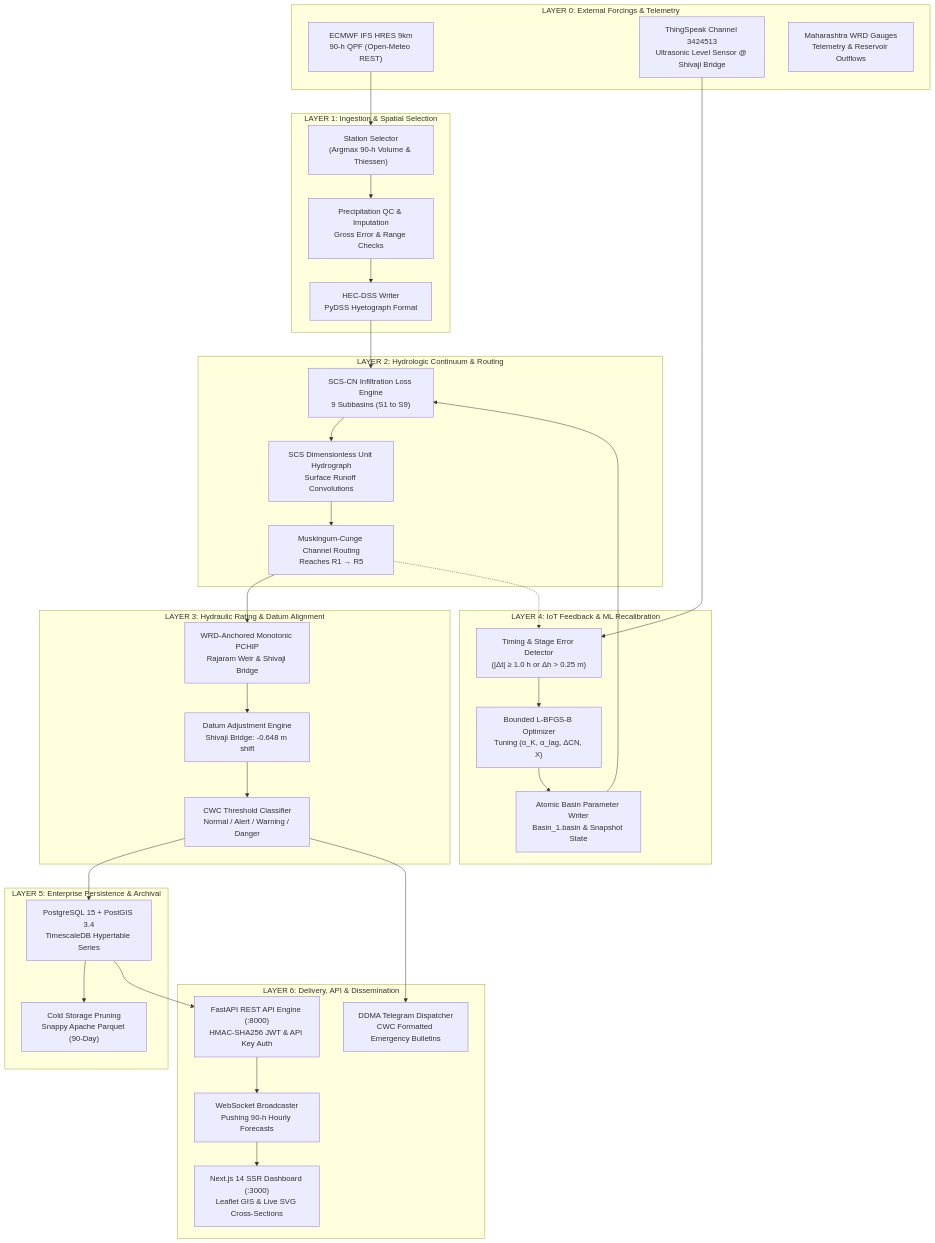
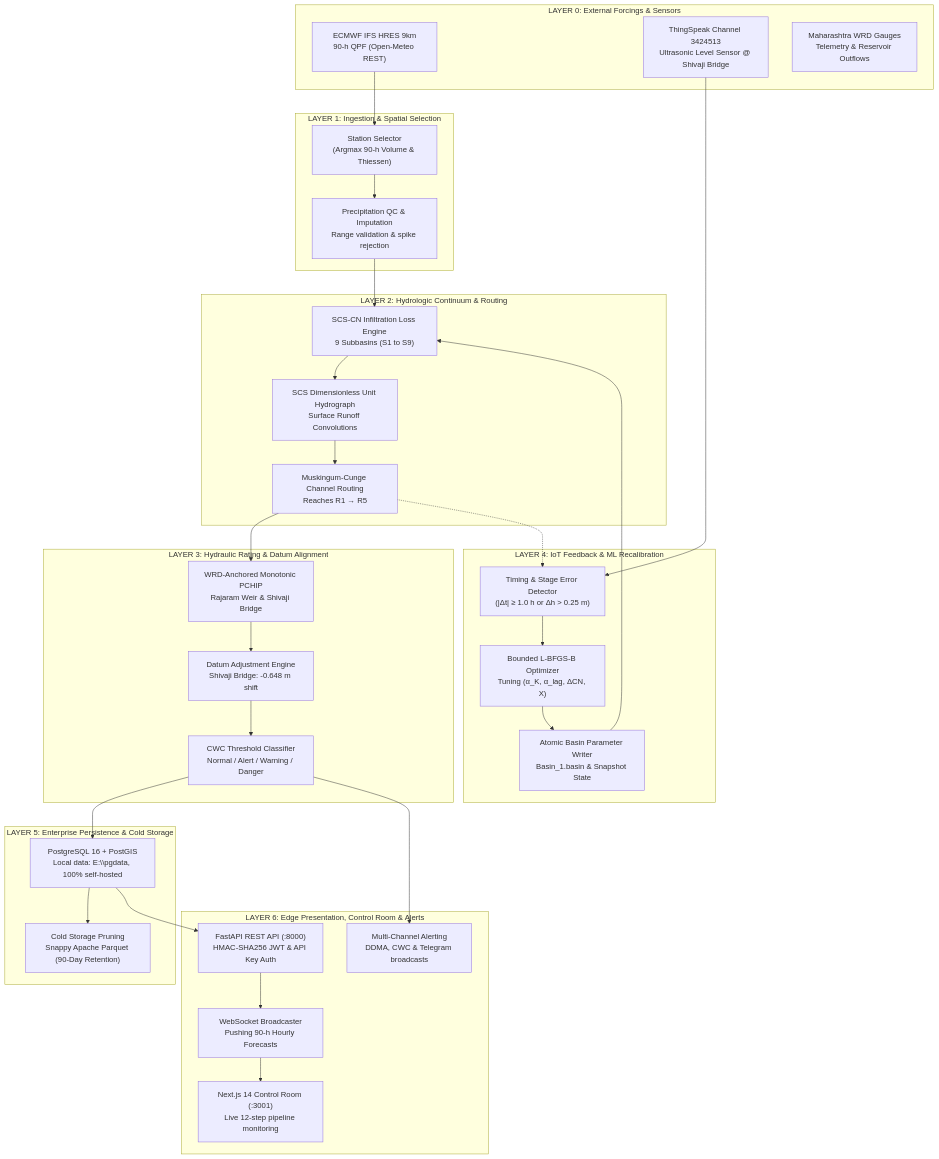
The diagram in ARCHITECTURE.md (satwikcccss-crypto/CCCSS-SUK-Panchganga_Hydrocast), drawn with Mermaid before and after one commit. The commit also changed other lines of this file and 35 other files, not shown here.

````diff
--- a/ARCHITECTURE.md
+++ b/ARCHITECTURE.md
@@ -74,55 +54,54 @@
 ```mermaid
 graph TD
-    subgraph L0["LAYER 0: External Forcings & Telemetry"]
+    subgraph L0["LAYER 0: External Forcings & Sensors"]
         ECMWF["ECMWF IFS HRES 9km<br/>90-h QPF (Open-Meteo REST)"]
         IoT["ThingSpeak Channel 3424513<br/>Ultrasonic Level Sensor @ Shivaji Bridge"]
         WRD["Maharashtra WRD Gauges<br/>Telemetry & Reservoir Outflows"]
     end
 
     subgraph L1["LAYER 1: Ingestion & Spatial Selection"]
         Selector["Station Selector<br/>(Argmax 90-h Volume & Thiessen)"]
-        QC["Precipitation QC & Imputation<br/>Gross Error & Range Checks"]
-        DSS["HEC-DSS Writer<br/>PyDSS Hyetograph Format"]
+        QC["Precipitation QC & Imputation<br/>Range validation & spike rejection"]
     end
 
     subgraph L2["LAYER 2: Hydrologic Continuum & Routing"]
         Loss["SCS-CN Infiltration Loss Engine<br/>9 Subbasins (S1 to S9)"]
         Transform["SCS Dimensionless Unit Hydrograph<br/>Surface Runoff Convolutions"]
         Routing["Muskingum-Cunge Channel Routing<br/>Reaches R1 → R5"]
     end
 
     subgraph L3["LAYER 3: Hydraulic Rating & Datum Alignment"]
         Rating["WRD-Anchored Monotonic PCHIP<br/>Rajaram Weir & Shivaji Bridge"]
         Datum["Datum Adjustment Engine<br/>Shivaji Bridge: -0.648 m shift"]
         Classifier["CWC Threshold Classifier<br/>Normal / Alert / Warning / Danger"]
     end
 
     subgraph L4["LAYER 4: IoT Feedback & ML Recalibration"]
         Discrepancy["Timing & Stage Error Detector<br/>(|Δt| ≥ 1.0 h or Δh > 0.25 m)"]
         Optimizer["Bounded L-BFGS-B Optimizer<br/>Tuning (α_K, α_lag, ΔCN, X)"]
         BasinSync["Atomic Basin Parameter Writer<br/>Basin_1.basin & Snapshot State"]
     end
 
-    subgraph L5["LAYER 5: Enterprise Persistence & Archival"]
-        Postgres["PostgreSQL 15 + PostGIS 3.4<br/>TimescaleDB Hypertable Series"]
-        Parquet["Cold Storage Pruning<br/>Snappy Apache Parquet (90-Day)"]
+    subgraph L5["LAYER 5: Enterprise Persistence & Cold Storage"]
+        Postgres["PostgreSQL 16 + PostGIS<br/>Local data: E:\\pgdata, 100% self-hosted"]
+        Parquet["Cold Storage Pruning<br/>Snappy Apache Parquet (90-Day Retention)"]
     end
 
-    subgraph L6["LAYER 6: Delivery, API & Dissemination"]
-        FastAPI["FastAPI REST API Engine (:8000)<br/>HMAC-SHA256 JWT & API Key Auth"]
+    subgraph L6["LAYER 6: Edge Presentation, Control Room & Alerts"]
+        FastAPI["FastAPI REST API (:8000)<br/>HMAC-SHA256 JWT & API Key Auth"]
         WS["WebSocket Broadcaster<br/>Pushing 90-h Hourly Forecasts"]
-        Dashboard["Next.js 14 SSR Dashboard (:3000)<br/>Leaflet GIS & Live SVG Cross-Sections"]
-        Telegram["DDMA Telegram Dispatcher<br/>CWC Formatted Emergency Bulletins"]
+        Dashboard["Next.js 14 Control Room (:3001)<br/>Live 12-step pipeline monitoring"]
+        Alerts["Multi-Channel Alerting<br/>DDMA, CWC & Telegram broadcasts"]
     end
 
-    ECMWF --> Selector --> QC --> DSS --> Loss
+    ECMWF --> Selector --> QC --> Loss
     Loss --> Transform --> Routing --> Rating
     Rating --> Datum --> Classifier --> Postgres
     IoT --> Discrepancy
     Routing -.-> Discrepancy
     Discrepancy --> Optimizer --> BasinSync --> Loss
     Postgres --> Parquet
     Postgres --> FastAPI
     FastAPI --> WS --> Dashboard
-    Classifier --> Telegram
+    Classifier --> Alerts
 ```
````
